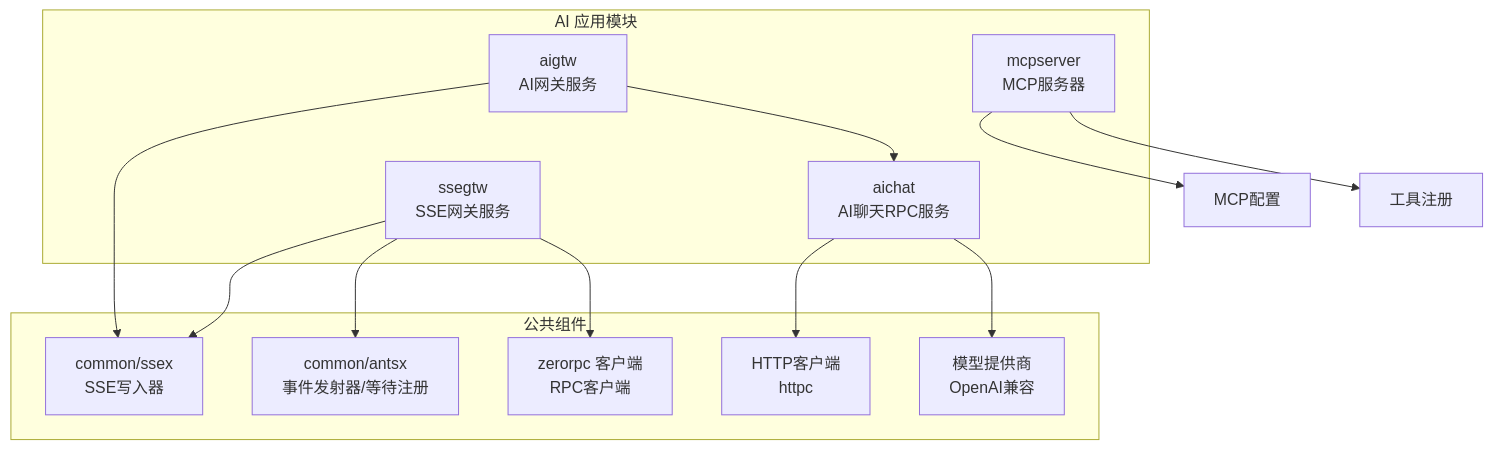
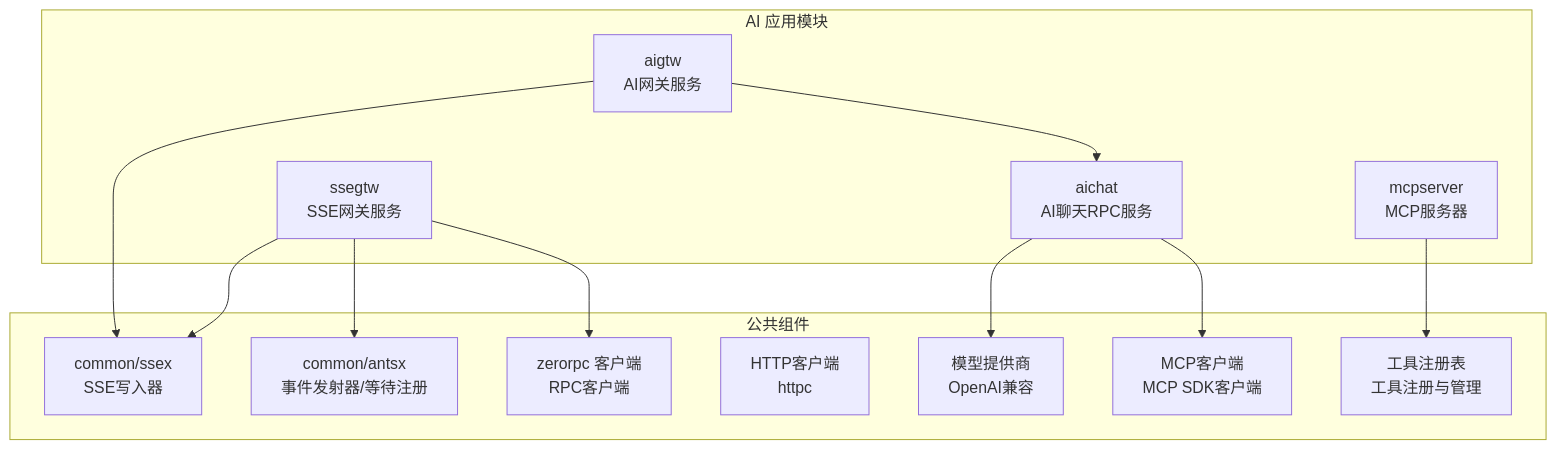
One commit to maomao94/zero-service changed the first of 8 diagrams in .qoder/repowiki/zh/content/AI应用模块/AI应用模块.md. Above: the diagram before and after it, drawn with Mermaid. The commit also changed other lines of this file and 8 other files, not shown here.

````diff
--- a/.qoder/repowiki/zh/content/AI应用模块/AI应用模块.md
+++ b/.qoder/repowiki/zh/content/AI应用模块/AI应用模块.md
@@ -74,25 +81,26 @@
 ```mermaid
 graph TB
 subgraph "AI 应用模块"
 A["ssegtw<br/>SSE网关服务"]
 B["mcpserver<br/>MCP服务器"]
 C["aichat<br/>AI聊天RPC服务"]
 D["aigtw<br/>AI网关服务"]
 end
 subgraph "公共组件"
 E["common/ssex<br/>SSE写入器"]
 F["common/antsx<br/>事件发射器/等待注册"]
 G["zerorpc 客户端<br/>RPC客户端"]
 H["HTTP客户端<br/>httpc"]
 I["模型提供商<br/>OpenAI兼容"]
+J["MCP客户端<br/>MCP SDK客户端"]
+K["工具注册表<br/>工具注册与管理"]
 end
 A --> E
 A --> F
 A --> G
-B --> B1["MCP配置"]
-B --> B2["工具注册"]
+B --> K
 C --> I
-C --> H
+C --> J
 D --> C
 D --> E
 ```
````
